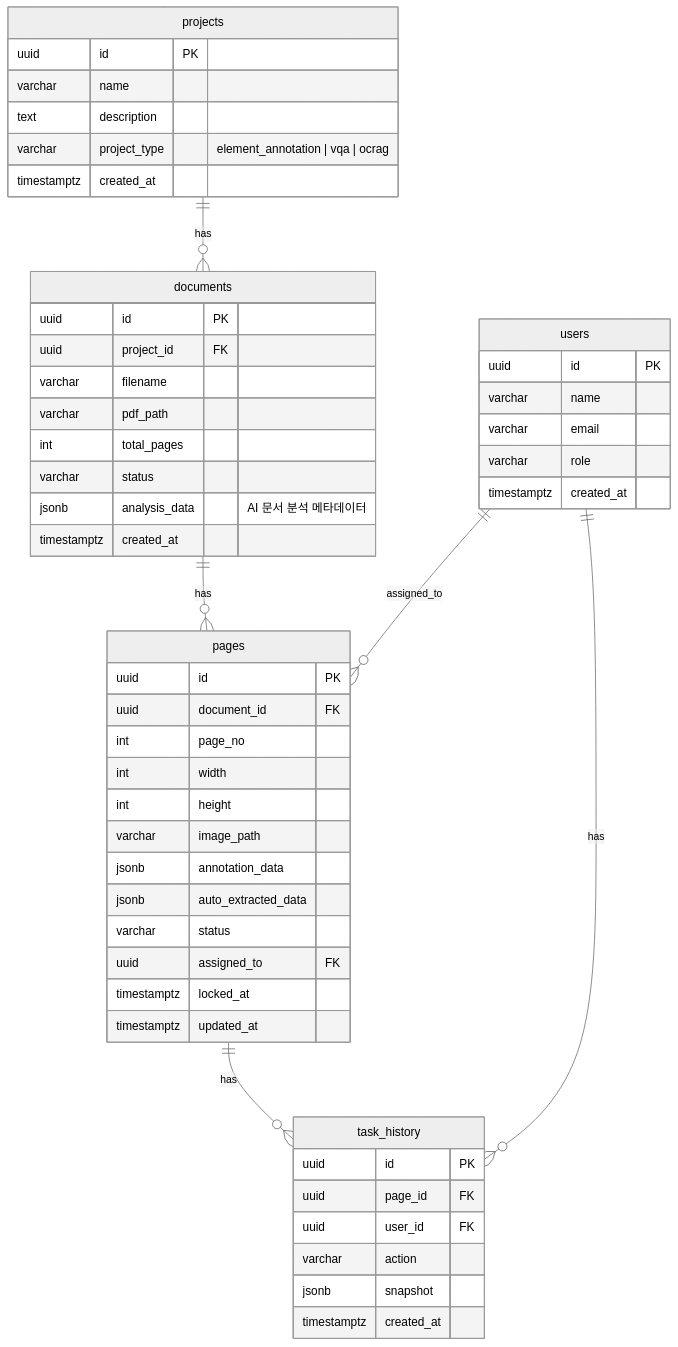
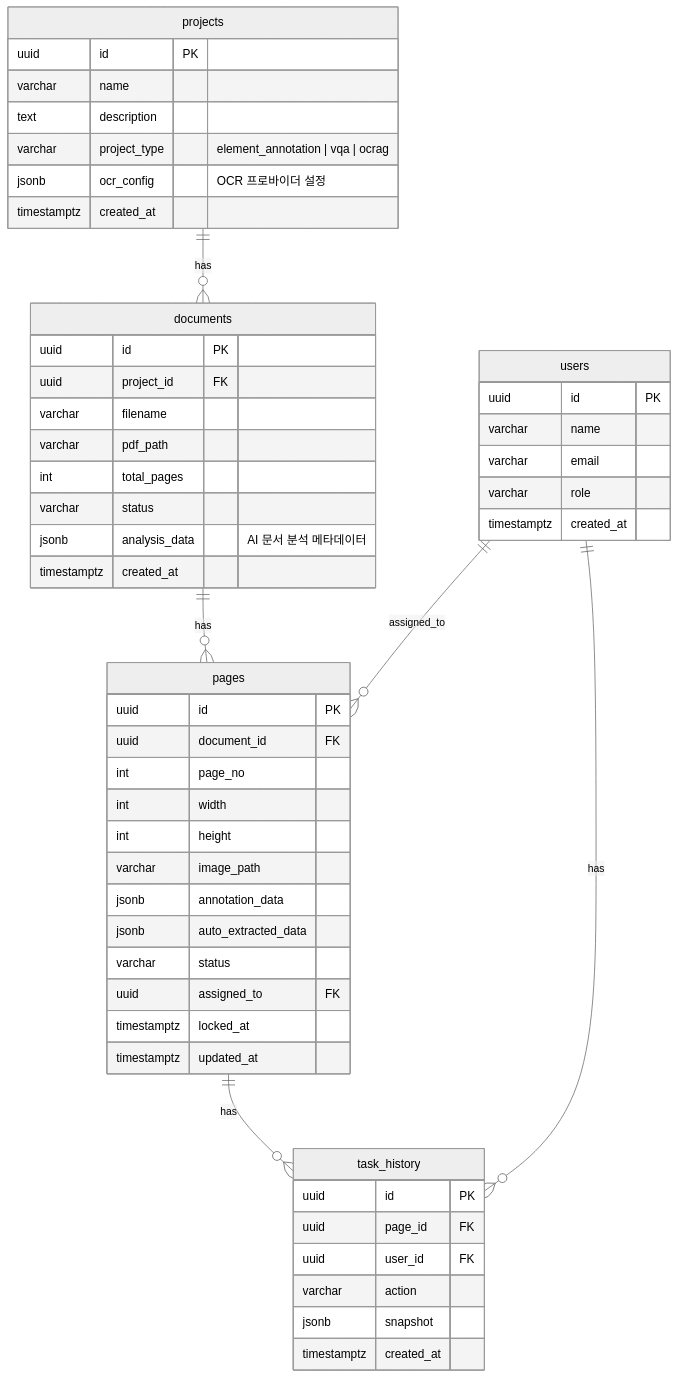
Before and after one commit to appleparan/saegim: the diagram in saegim-backend/docs/design/database.md, drawn with Mermaid (neutral theme). The commit also changed other lines of this file and 7 other files, not shown here.

````diff
--- a/saegim-backend/docs/design/database.md
+++ b/saegim-backend/docs/design/database.md
@@ -10,59 +10,60 @@
 ```mermaid
 erDiagram
     projects ||--o{ documents : has
     documents ||--o{ pages : has
     users ||--o{ pages : "assigned_to"
     pages ||--o{ task_history : has
     users ||--o{ task_history : has
 
     projects {
         uuid id PK
         varchar name
         text description
         varchar project_type "element_annotation | vqa | ocrag"
+        jsonb ocr_config "OCR 프로바이더 설정"
         timestamptz created_at
     }
 
     documents {
         uuid id PK
         uuid project_id FK
         varchar filename
         varchar pdf_path
         int total_pages
         varchar status
         jsonb analysis_data "AI 문서 분석 메타데이터"
         timestamptz created_at
     }
 
     pages {
         uuid id PK
         uuid document_id FK
         int page_no
         int width
         int height
         varchar image_path
         jsonb annotation_data
         jsonb auto_extracted_data
         varchar status
         uuid assigned_to FK
         timestamptz locked_at
         timestamptz updated_at
     }
 
     users {
         uuid id PK
         varchar name
         varchar email
         varchar role
         timestamptz created_at
     }
 
     task_history {
         uuid id PK
         uuid page_id FK
         uuid user_id FK
         varchar action
         jsonb snapshot
         timestamptz created_at
     }
 ```
````
